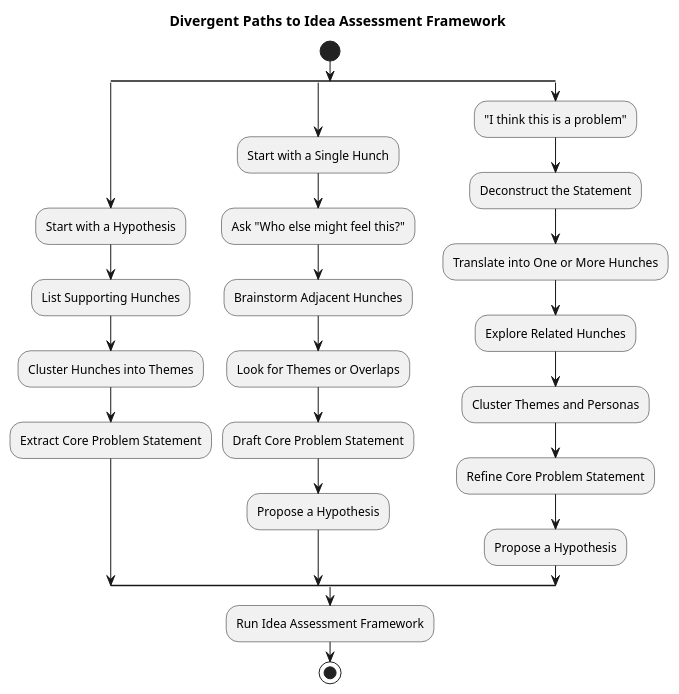
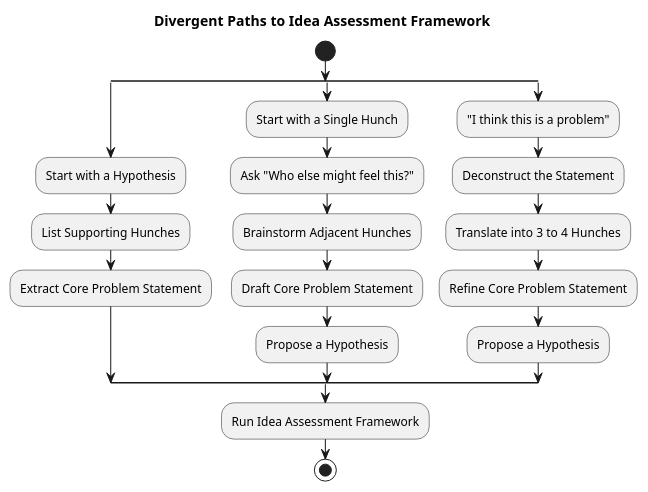
The diagram in SupportFiles/PlantUML/Divergent Paths to Idea Assessment Framework.plantuml (dcougias/OneDayMBA), drawn with PlantUML before and after one commit. The commit also changed 9 other files, not shown here.

Commit message:
Updated PlantUML images

```diff
--- a/SupportFiles/PlantUML/Divergent Paths to Idea Assessment Framework.plantuml
+++ b/SupportFiles/PlantUML/Divergent Paths to Idea Assessment Framework.plantuml
@@ -1,31 +1,27 @@
 @startuml
 title Divergent Paths to Idea Assessment Framework
 
 start
 
 split
   :Start with a Hypothesis;
   :List Supporting Hunches;
-  :Cluster Hunches into Themes;
   :Extract Core Problem Statement;
 split again
   :Start with a Single Hunch;
   :Ask "Who else might feel this?";
   :Brainstorm Adjacent Hunches;
-  :Look for Themes or Overlaps;
   :Draft Core Problem Statement;
   :Propose a Hypothesis;
 split again
   :"I think this is a problem";
   :Deconstruct the Statement;
-  :Translate into One or More Hunches;
-  :Explore Related Hunches;
-  :Cluster Themes and Personas;
+  :Translate into 3 to 4 Hunches;
   :Refine Core Problem Statement;
   :Propose a Hypothesis;
 endsplit
 
 :Run Idea Assessment Framework;
 stop
 
 @enduml
```
